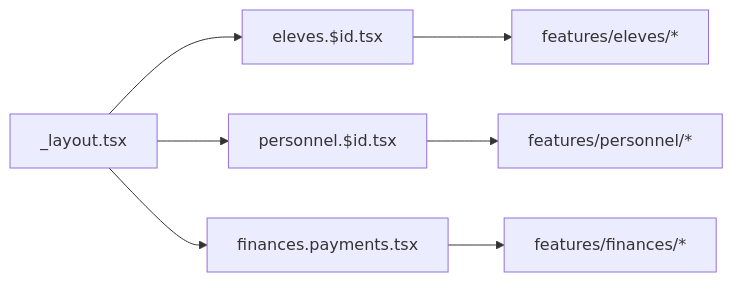
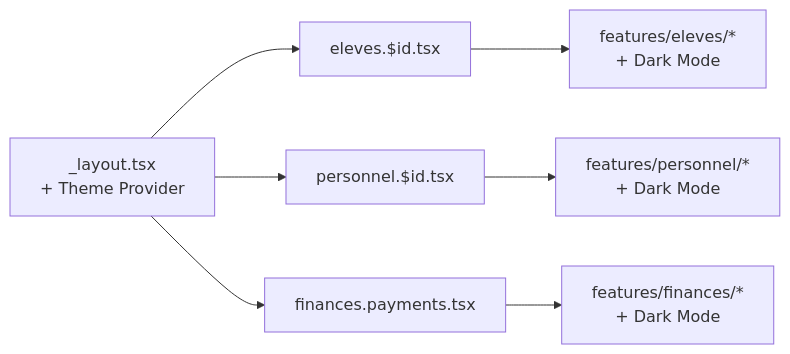
Before and after one commit to franckylab/eLISAschool: the seventh of 8 diagrams in .qoder/repowiki/en/content/System Architecture/Frontend Architecture/Component Architecture/Feature-Specific Components.md, drawn with Mermaid. The commit also changed other lines of this file and 79 other files, not shown here.

````diff
--- a/.qoder/repowiki/en/content/System Architecture/Frontend Architecture/Component Architecture/Feature-Specific Components.md
+++ b/.qoder/repowiki/en/content/System Architecture/Frontend Architecture/Component Architecture/Feature-Specific Components.md
@@ -328,9 +433,9 @@
 ```mermaid
 graph LR
-Layout["_layout.tsx"] --> ElevesRoute["eleves.$id.tsx"]
+Layout["_layout.tsx<br/>+ Theme Provider"] --> ElevesRoute["eleves.$id.tsx"]
 Layout --> PersonnelRoute["personnel.$id.tsx"]
 Layout --> FinancesRoute["finances.payments.tsx"]
-ElevesRoute --> ElevesComp["features/eleves/*"]
-PersonnelRoute --> PersonnelComp["features/personnel/*"]
-FinancesRoute --> FinancesComp["features/finances/*"]
+ElevesRoute --> ElevesComp["features/eleves/*<br/>+ Dark Mode"]
+PersonnelRoute --> PersonnelComp["features/personnel/*<br/>+ Dark Mode"]
+FinancesRoute --> FinancesComp["features/finances/*<br/>+ Dark Mode"]
 ```
````
